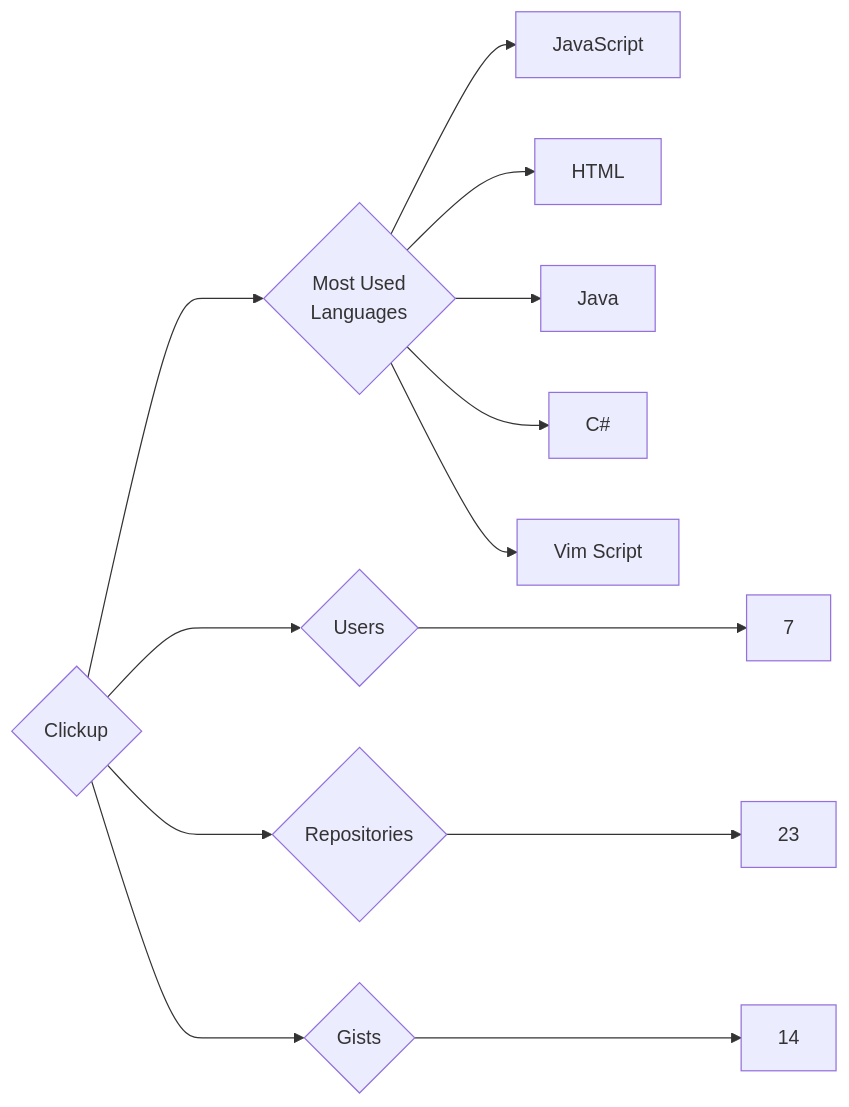
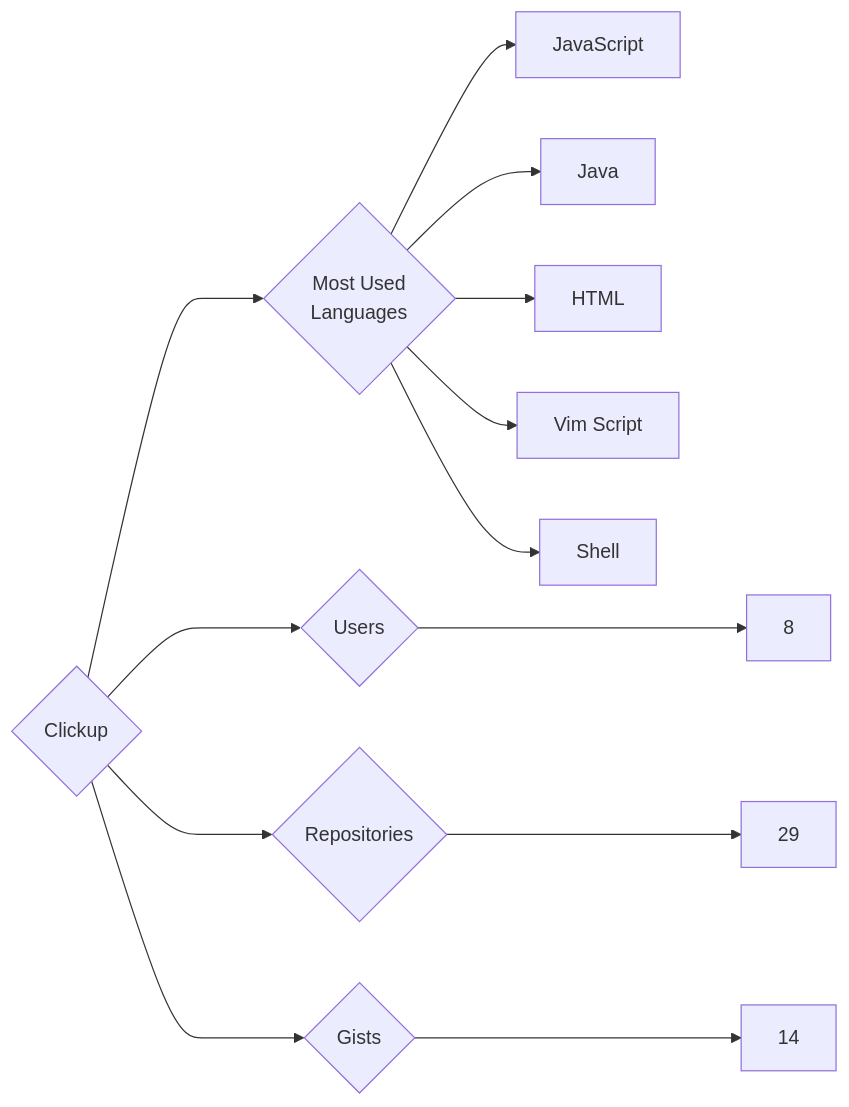
One commit to trickest/insiders changed the diagram in targets/Clickup/README.md. Above: the diagram before and after it, drawn with Mermaid. The commit also changed 912 other files, not shown here.

````diff
--- a/targets/Clickup/README.md
+++ b/targets/Clickup/README.md
@@ -3,13 +3,13 @@
 ```mermaid
 graph LR
 COMPANY_NAME{Clickup}
-COMPANY_NAME ---> U{Users} ---> UN[7]
-COMPANY_NAME ---> R{Repositories} ---> RN[23]
+COMPANY_NAME ---> U{Users} ---> UN[8]
+COMPANY_NAME ---> R{Repositories} ---> RN[29]
 COMPANY_NAME ---> G{Gists} ---> GN[14]
 COMPANY_NAME ---> ML{Most Used<br>Languages}
 ML --> JavaScript[JavaScript]
+ML --> Java[Java]
 ML --> HTML[HTML]
-ML --> Java[Java]
-ML --> C#[C#]
 ML --> Vim_Script[Vim Script]
+ML --> Shell[Shell]
 ```
````
